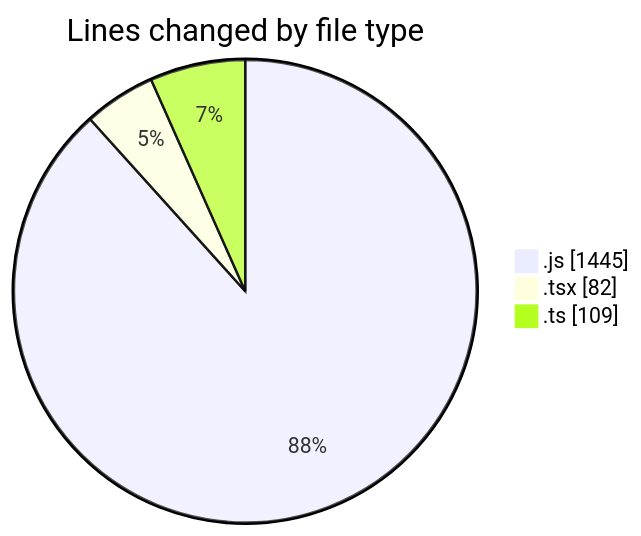
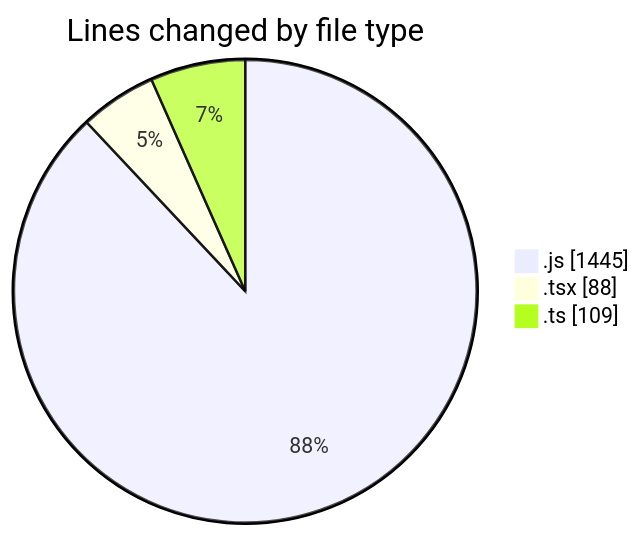
The first of 2 diagrams in 2025-03-13/cda/README.md (momahboobian/code-tracking), drawn with Mermaid before and after one commit. The commit also changed other lines of this file and 1 other file, not shown here.

````diff
--- a/2025-03-13/cda/README.md
+++ b/2025-03-13/cda/README.md
@@ -26,7 +26,7 @@
 ```mermaid
 pie showData
 title Lines changed by file type
 ".js" : 1445
-".tsx" : 82
+".tsx" : 88
 ".ts" : 109
 ```
````
